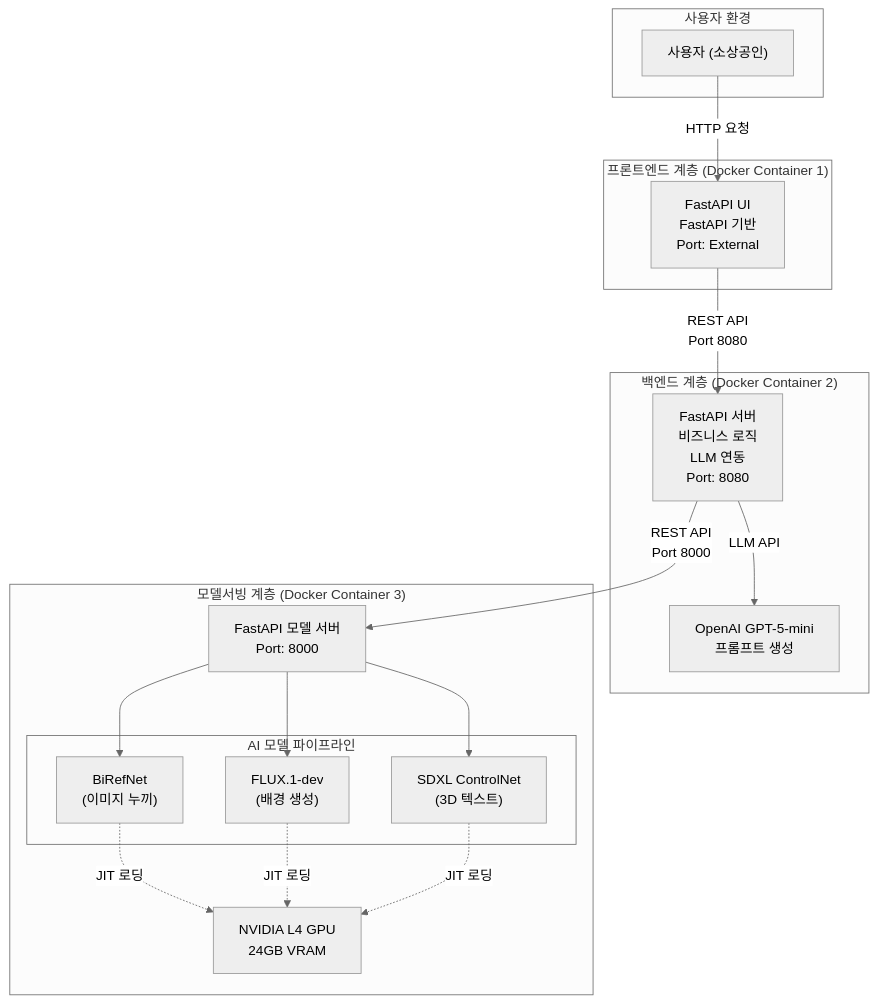
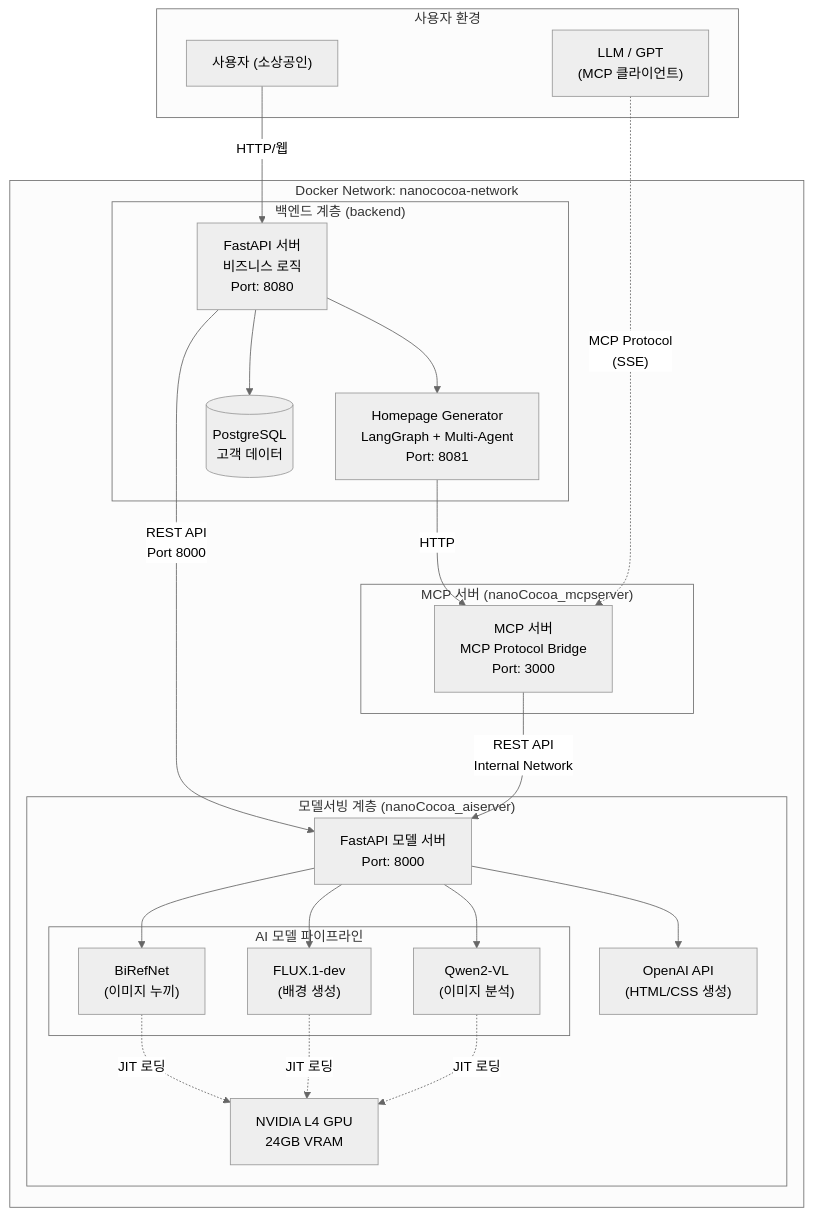
The second of 3 diagrams in docs/index.md (krapnuyij/codeit-ai-3team-ad-content), drawn with Mermaid (neutral theme) before and after one commit. The commit also changed other lines of this file and 1 other file, not shown here.

Commit message:
문서 업데이트

````diff
--- a/docs/index.md
+++ b/docs/index.md
@@ -81,51 +81,67 @@
 ```mermaid
 graph TB
     subgraph "사용자 환경"
         User["사용자 (소상공인)"]
+        LLMClient["LLM / GPT
+(MCP 클라이언트)"]
     end
 
-    subgraph "프론트엔드 계층 (Docker Container 1)"
-        Frontend["FastAPI UI
-FastAPI 기반
-Port: External"]
+    subgraph "Docker Network: nanococoa-network"
+        subgraph "백엔드 계층 (backend)"
+            Backend["FastAPI 서버
+비즈니스 로직
+Port: 8080"]
+            HPGen["Homepage Generator
+LangGraph + Multi-Agent
+Port: 8081"]
+            DB[("PostgreSQL
+고객 데이터")]
+        end
+
+        subgraph "MCP 서버 (nanoCocoa_mcpserver)"
+            MCPServer["MCP 서버
+MCP Protocol Bridge
+Port: 3000"]
+        end
+
+        subgraph "모델서빙 계층 (nanoCocoa_aiserver)"
+            ModelServer["FastAPI 모델 서버
+Port: 8000"]
+
+            subgraph "AI 모델 파이프라인"
+                BiRefNet["BiRefNet
+(이미지 누끼)"]
+                FLUX["FLUX.1-dev
+(배경 생성)"]
+                Qwen["Qwen2-VL
+(이미지 분석)"]
+            end
+
+            LLMText["OpenAI API
+(HTML/CSS 생성)"]
+            GPU["NVIDIA L4 GPU
+24GB VRAM"]
+        end
     end
 
-    subgraph "백엔드 계층 (Docker Container 2)"
-        Backend["FastAPI 서버
-비즈니스 로직
-LLM 연동
-Port: 8080"]
-        LLM["OpenAI GPT-5-mini
-프롬프트 생성"]
-    end
-
-    subgraph "모델서빙 계층 (Docker Container 3)"
-        ModelServer["FastAPI 모델 서버
-Port: 8000"]
-
-        subgraph "AI 모델 파이프라인"
-            BiRefNet["BiRefNet
-(이미지 누끼)"]
-            FLUX["FLUX.1-dev
-(배경 생성)"]
-            SDXL["SDXL ControlNet
-(3D 텍스트)"]
-        end
-
-        GPU["NVIDIA L4 GPU
-24GB VRAM"]
-    end
-
-    User -->|HTTP 요청| Frontend
-    Frontend -->|"REST API
-Port 8080"| Backend
-    Backend -->|LLM API| LLM
+    User -->|HTTP/웹| Backend
+    Backend --> DB
+    Backend --> HPGen
+    HPGen -->|HTTP| MCPServer
     Backend -->|"REST API
 Port 8000"| ModelServer
+    
+    LLMClient -.->|"MCP Protocol
+(SSE)"| MCPServer
+    MCPServer -->|"REST API
+Internal Network"| ModelServer
+    
     ModelServer --> BiRefNet
     ModelServer --> FLUX
-    ModelServer --> SDXL
+    ModelServer --> Qwen
+    ModelServer --> LLMText
+    
     BiRefNet -.->|JIT 로딩| GPU
     FLUX -.->|JIT 로딩| GPU
-    SDXL -.->|JIT 로딩| GPU
+    Qwen -.->|JIT 로딩| GPU
 ```
````
